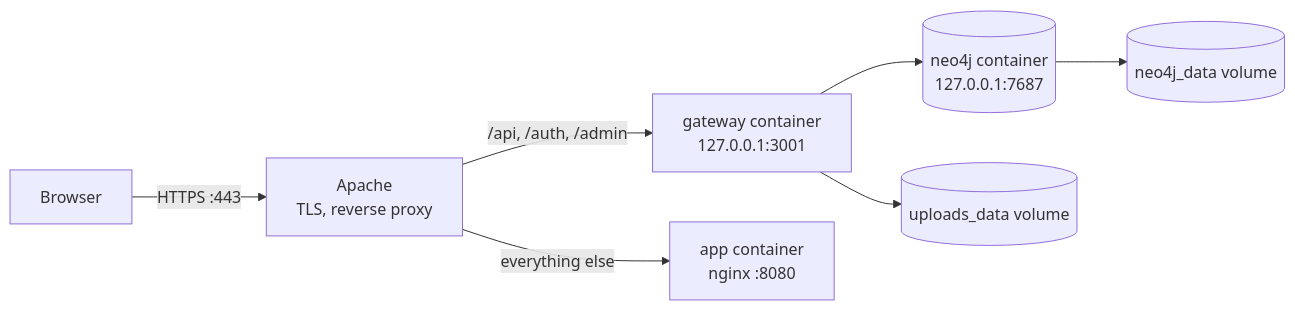
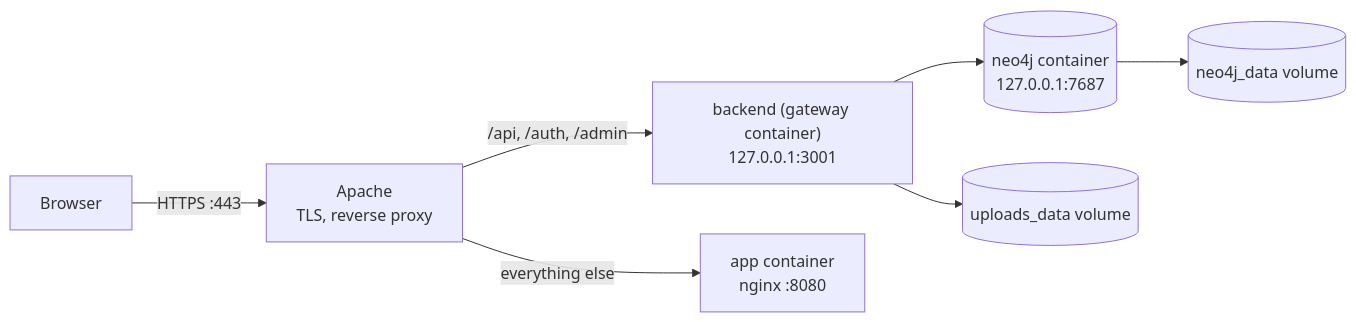
One commit to INFERable-app/USCCF-digital-planning-tool changed the diagram in docs/deployment.md. Above: the diagram before and after it, drawn with Mermaid. The commit also changed other lines of this file and 10 other files, not shown here.

````diff
--- a/docs/deployment.md
+++ b/docs/deployment.md
@@ -11,9 +11,9 @@
 ```mermaid
 flowchart LR
     I["Browser"] -->|HTTPS :443| AP["Apache<br/>TLS, reverse proxy"]
-    AP -->|"/api, /auth, /admin"| G["gateway container<br/>127.0.0.1:3001"]
+    AP -->|"/api, /auth, /admin"| G["backend (gateway container)<br/>127.0.0.1:3001"]
     AP -->|everything else| N["app container<br/>nginx :8080"]
     G --> DB[("neo4j container<br/>127.0.0.1:7687")]
     G --> UV[("uploads_data volume")]
     DB --> NV[("neo4j_data volume")]
 ```
````
